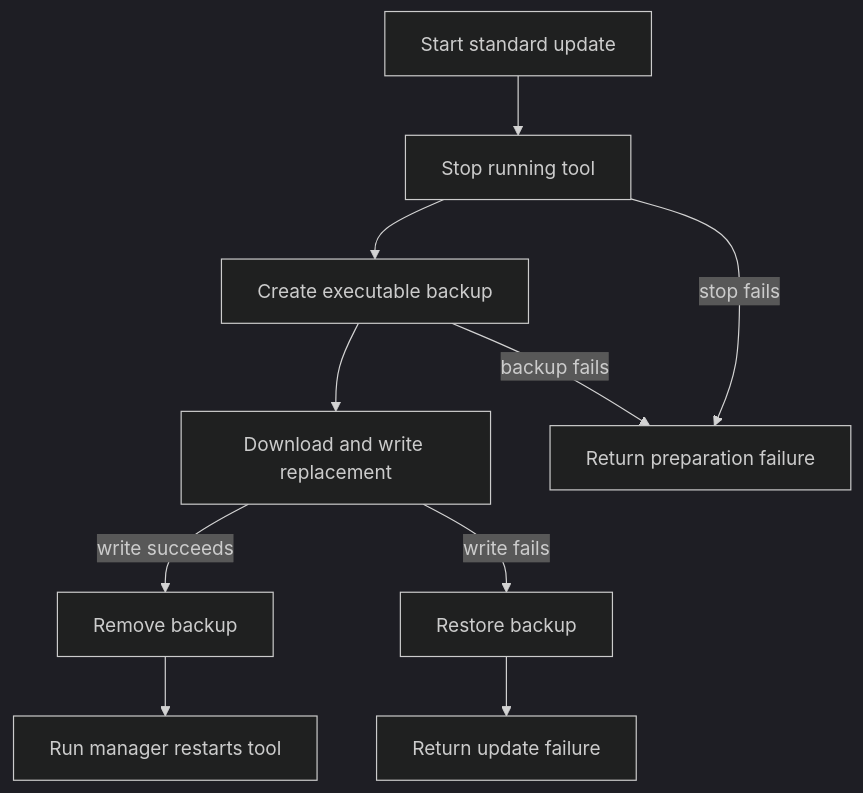
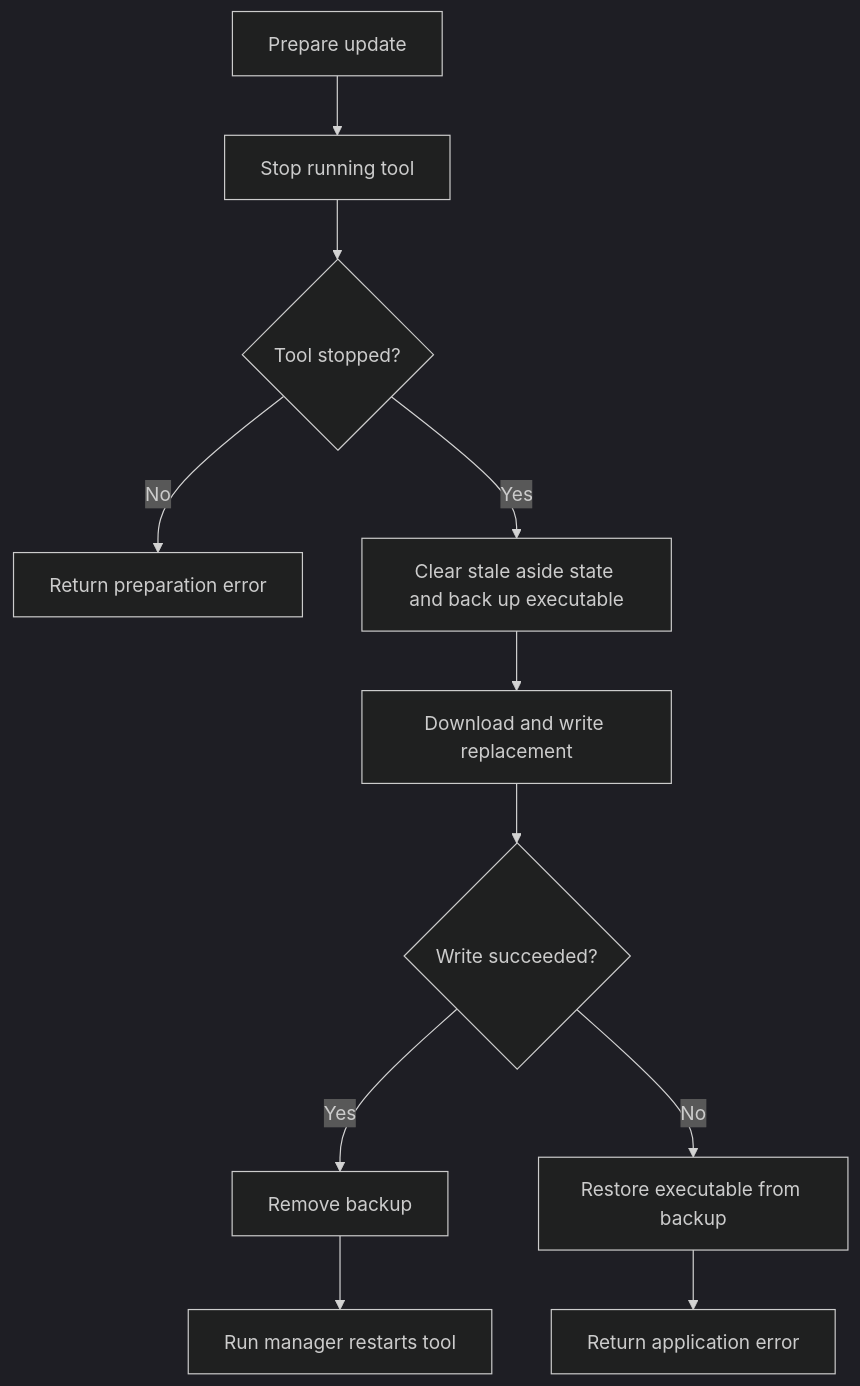
One commit to flamingo-stack/openframe-oss-tenant changed the fourth of 4 diagrams in docs/reference/architecture/openframe-client-core/platform-tool-updater-standard/platform-tool-updater-standard.md. Above: the diagram before and after it, drawn with Mermaid (dark theme). The commit also changed other lines of this file and 2377 other files, not shown here.

````diff
--- a/docs/reference/architecture/openframe-client-core/platform-tool-updater-standard/platform-tool-updater-standard.md
+++ b/docs/reference/architecture/openframe-client-core/platform-tool-updater-standard/platform-tool-updater-standard.md
@@ -98,12 +147,13 @@
 ```mermaid
 flowchart TD
-    Start["Start standard update"] --> Stop["Stop running tool"]
-    Stop --> Backup["Create executable backup"]
+    Prepare["Prepare update"] --> StopTool["Stop running tool"]
+    StopTool --> StopOk{"Tool stopped?"}
+    StopOk -->|"No"| Abort["Return preparation error"]
+    StopOk -->|"Yes"| Backup["Clear stale aside state and back up executable"]
     Backup --> Apply["Download and write replacement"]
-    Apply -->|"write succeeds"| Finalize["Remove backup"]
+    Apply --> ApplyOk{"Write succeeded?"}
+    ApplyOk -->|"Yes"| Finalize["Remove backup"]
     Finalize --> Restart["Run manager restarts tool"]
-    Apply -->|"write fails"| Rollback["Restore backup"]
-    Rollback --> Failure["Return update failure"]
-    Stop -->|"stop fails"| PrepareFailure["Return preparation failure"]
-    Backup -->|"backup fails"| PrepareFailure
+    ApplyOk -->|"No"| Rollback["Restore executable from backup"]
+    Rollback --> Failed["Return application error"]
 ```
````
